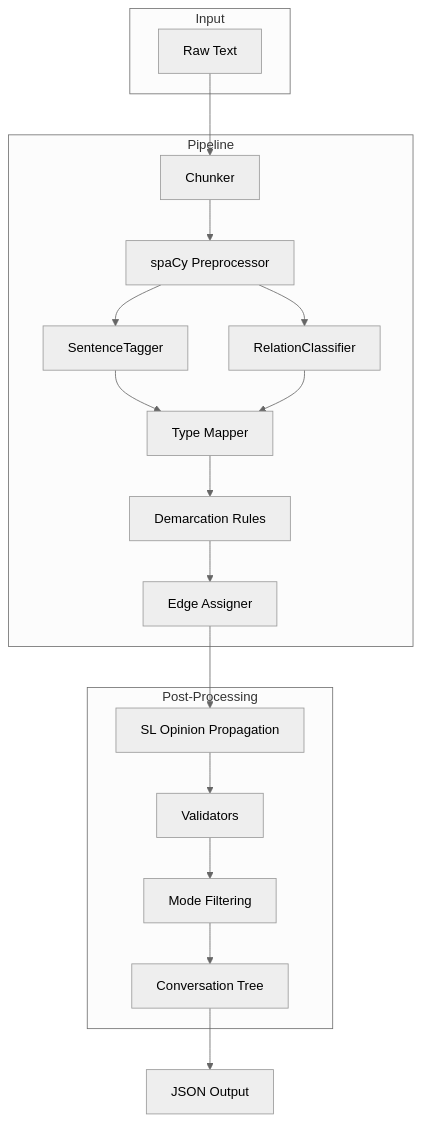
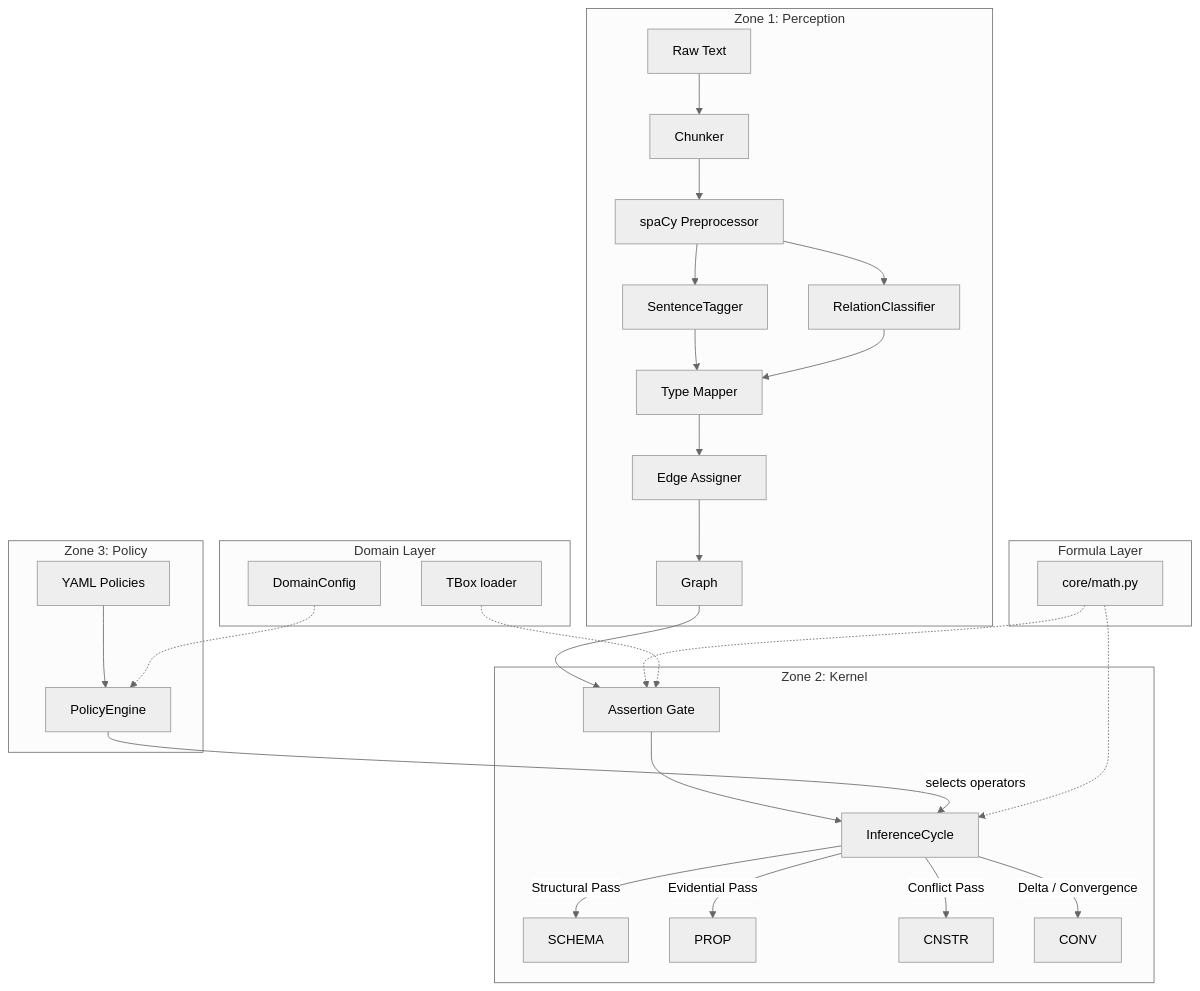
Before and after one commit to Achref-Yak/DynaFX: the diagram in docs/architecture.md, drawn with Mermaid (neutral theme). The commit also changed other lines of this file and 137 other files, not shown here.

First line of the commit message:
Add comprehensive tests for policy engine, systems thinking operators, and trace buffer

````diff
--- a/docs/architecture.md
+++ b/docs/architecture.md
@@ -7,26 +73,41 @@
 ```mermaid
-flowchart TD
-    subgraph Input
-        T[Raw Text]
+flowchart TB
+    subgraph P1[Zone 1: Perception]
+        T[Raw Text] --> C[Chunker]
+        C --> PP[spaCy Preprocessor]
+        PP --> ST[SentenceTagger]
+        PP --> RC[RelationClassifier]
+        ST --> TM[Type Mapper]
+        RC --> TM
+        TM --> EA[Edge Assigner]
+        EA --> G[Graph]
     end
 
-    subgraph Pipeline
-        C[Chunker] --> P[spaCy Preprocessor]
-        P --> S[SentenceTagger]
-        P --> RC[RelationClassifier]
-        S --> TM[Type Mapper]
-        RC --> TM
-        TM --> D[Demarcation Rules]
-        D --> EA[Edge Assigner]
+    subgraph P2[Zone 2: Kernel]
+        G --> AG[Assertion Gate]
+        AG --> IC[InferenceCycle]
+        IC --> |Structural Pass| SCHEMA
+        IC --> |Evidential Pass| PROP
+        IC --> |Conflict Pass| CNSTR
+        IC --> |Delta / Convergence| CONV
     end
 
-    subgraph Post-Processing
-        EA --> O[SL Opinion Propagation]
-        O --> V[Validators]
-        V --> M[Mode Filtering]
-        M --> CTA[Conversation Tree]
+    subgraph P3[Zone 3: Policy]
+        PE[PolicyEngine] --> |selects operators| IC
+        POL[YAML Policies] --> PE
     end
 
-    T --> C
-    CTA --> JSON[JSON Output]
+    subgraph FM[Formula Layer]
+        MATH[core/math.py]
+    end
+
+    subgraph DM[Domain Layer]
+        TBOX[TBox loader]
+        DOM[DomainConfig]
+    end
+
+    MATH -.-> IC
+    MATH -.-> AG
+    TBOX -.-> AG
+    DOM -.-> PE
 ```
````
